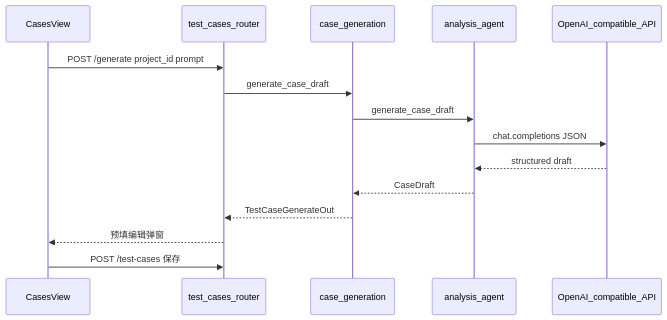
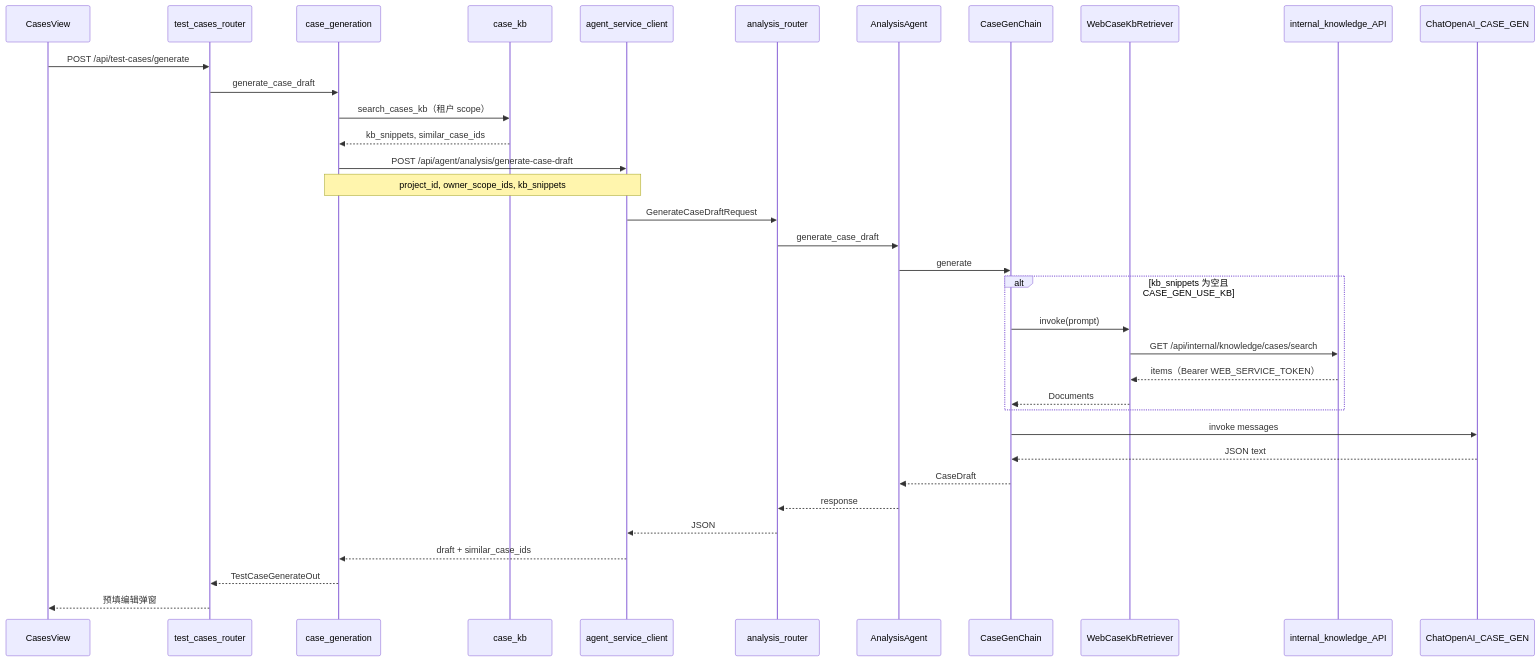
One commit to dyingmanliu/test_robot changed the first of 7 diagrams in ARCHITECTURE.md. Above: the diagram before and after it, drawn with Mermaid. The commit also changed other lines of this file and 45 other files, not shown here.

First line of the commit message:
feat: 更新 agent_service 以支持 LangChain 1.x 集成与功能增强

````diff
--- a/ARCHITECTURE.md
+++ b/ARCHITECTURE.md
@@ -86,18 +123,38 @@
 ```mermaid
 sequenceDiagram
   participant UI as CasesView
   participant API as test_cases_router
   participant Gen as case_generation
-  participant AA as analysis_agent
-  participant LLM as OpenAI_compatible_API
+  participant KB as case_kb
+  participant Client as agent_service_client
+  participant Router as analysis_router
+  participant AA as AnalysisAgent
+  participant Chain as CaseGenChain
+  participant Ret as WebCaseKbRetriever
+  participant IntKB as internal_knowledge_API
+  participant LLM as ChatOpenAI_CASE_GEN
 
-  UI->>API: POST /generate project_id prompt
+  UI->>API: POST /api/test-cases/generate
   API->>Gen: generate_case_draft
-  Gen->>AA: generate_case_draft
-  AA->>LLM: chat.completions JSON
-  LLM-->>AA: structured draft
-  AA-->>Gen: CaseDraft
+  Gen->>KB: search_cases_kb（租户 scope）
+  KB-->>Gen: kb_snippets, similar_case_ids
+  Gen->>Client: POST /api/agent/analysis/generate-case-draft
+  Note over Gen,Client: project_id, owner_scope_ids, kb_snippets
+  Client->>Router: GenerateCaseDraftRequest
+  Router->>AA: generate_case_draft
+  AA->>Chain: generate
+  alt kb_snippets 为空且 CASE_GEN_USE_KB
+    Chain->>Ret: invoke(prompt)
+    Ret->>IntKB: GET /api/internal/knowledge/cases/search
+    IntKB-->>Ret: items（Bearer WEB_SERVICE_TOKEN）
+    Ret-->>Chain: Documents
+  end
+  Chain->>LLM: invoke messages
+  LLM-->>Chain: JSON text
+  Chain-->>AA: CaseDraft
+  AA-->>Router: response
+  Router-->>Client: JSON
+  Client-->>Gen: draft + similar_case_ids
   Gen-->>API: TestCaseGenerateOut
   API-->>UI: 预填编辑弹窗
-  UI->>API: POST /test-cases 保存
 ```
````
